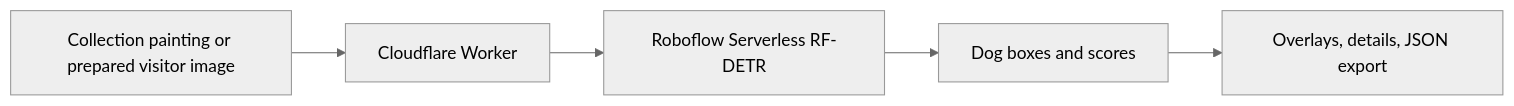
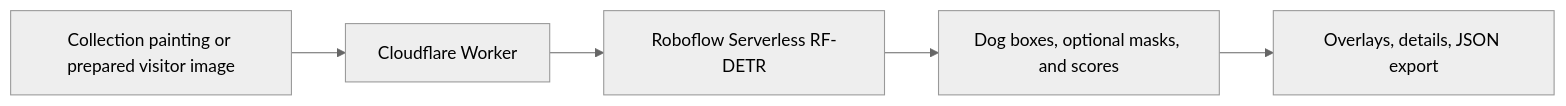
Before and after one commit to zuchka/dogs-in-the-details: the diagram in README.md, drawn with Mermaid (neutral theme). The commit also changed other lines of this file and 1 other file, not shown here.

````diff
--- a/README.md
+++ b/README.md
@@ -65,7 +76,7 @@
 ```mermaid
 flowchart LR
   A[Collection painting or prepared visitor image] --> B[Cloudflare Worker]
   B --> C[Roboflow Serverless RF-DETR]
-  C --> D[Dog boxes and scores]
+  C --> D[Dog boxes, optional masks, and scores]
   D --> E[Overlays, details, JSON export]
 ```
````
